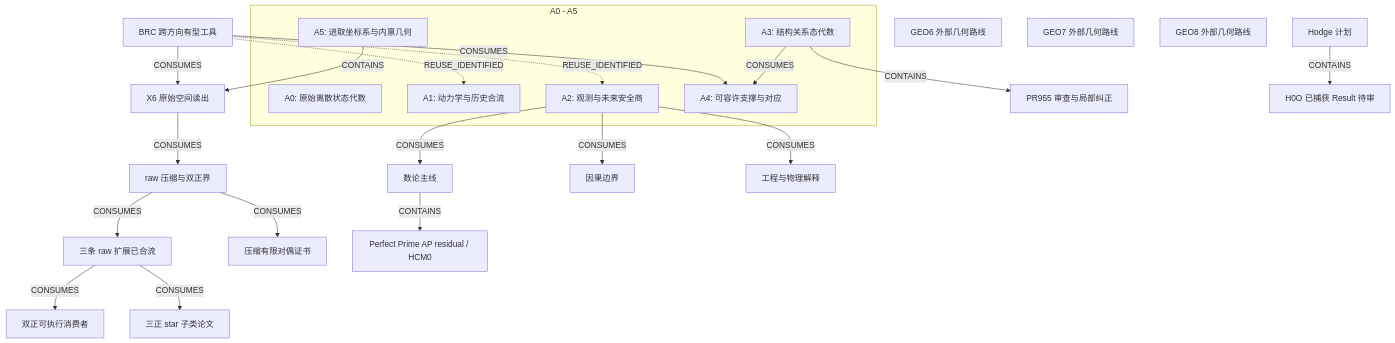
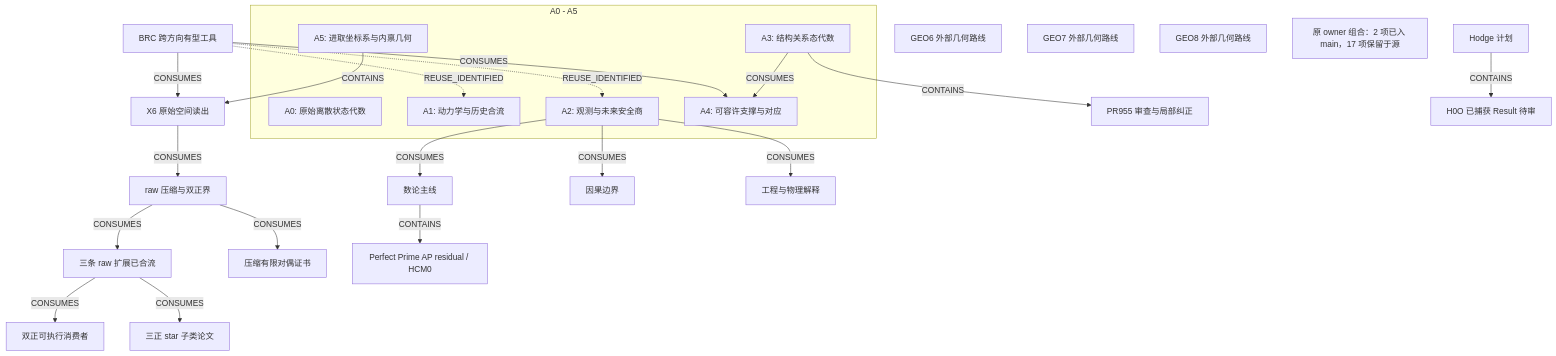
One commit to awdawmip/enterprise-math changed the diagram in docs/RESEARCH_PROGRESS_MAP.zh-CN.md. Above: the diagram before and after it, drawn with Mermaid. The commit also changed other lines of this file and 2 other files, not shown here.

Commit message:
docs: map admitted star closure and remaining owner portfolio

````diff
--- a/docs/RESEARCH_PROGRESS_MAP.zh-CN.md
+++ b/docs/RESEARCH_PROGRESS_MAP.zh-CN.md
@@ -15,45 +15,46 @@
 ```mermaid
 flowchart TB
   subgraph homes["A0 - A5"]
     A0["A0: 原始离散状态代数"]
     A1["A1: 动力学与历史合流"]
     A2["A2: 观测与未来安全商"]
     A3["A3: 结构关系态代数"]
     A4["A4: 可容许支撑与对应"]
     A5["A5: 进取坐标系与内禀几何"]
   end
   BRC["BRC 跨方向有型工具"]
   X6["X6 原始空间读出"]
   RAW_PAPER["raw 压缩与双正界"]
   RAW_EXT["三条 raw 扩展已合流"]
   P2_CONSUMER["双正可执行消费者"]
   STAR["三正 star 子类论文"]
   RAW_DUAL["压缩有限对偶证书"]
   A3_A4_REVIEW["PR955 审查与局部纠正"]
   NUMBER_THEORY["数论主线"]
   PERFECT_PRIME["Perfect Prime AP residual / HCM0"]
   P021["因果边界"]
   E001["工程与物理解释"]
   GEO6["GEO6 外部几何路线"]
   GEO7["GEO7 外部几何路线"]
   GEO8["GEO8 外部几何路线"]
   HODGE["Hodge 计划"]
   H0O["H0O 已捕获 Result 待审"]
+  OWNER_PORTFOLIO["原 owner 组合：2 项已入 main，17 项保留于源"]
   A3 -->|"CONSUMES"| A4
   BRC -->|"CONSUMES"| A4
   BRC -.->|"REUSE_IDENTIFIED"| A1
   BRC -.->|"REUSE_IDENTIFIED"| A2
   BRC -->|"CONSUMES"| X6
   A5 -->|"CONTAINS"| X6
   X6 -->|"CONSUMES"| RAW_PAPER
   RAW_PAPER -->|"CONSUMES"| RAW_EXT
   RAW_EXT -->|"CONSUMES"| P2_CONSUMER
   RAW_EXT -->|"CONSUMES"| STAR
   RAW_PAPER -->|"CONSUMES"| RAW_DUAL
   A3 -->|"CONTAINS"| A3_A4_REVIEW
   A2 -->|"CONSUMES"| P021
   A2 -->|"CONSUMES"| NUMBER_THEORY
   NUMBER_THEORY -->|"CONTAINS"| PERFECT_PRIME
   A2 -->|"CONSUMES"| E001
   HODGE -->|"CONTAINS"| H0O
 ```
````
